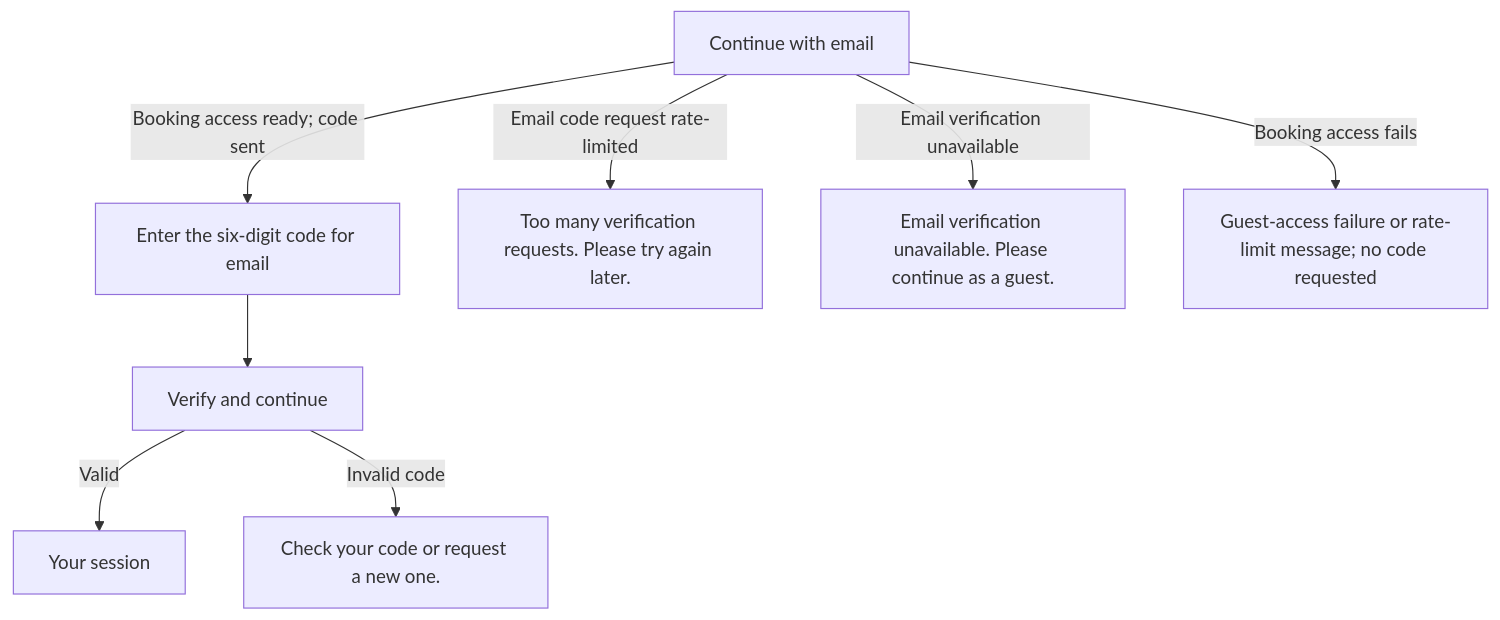
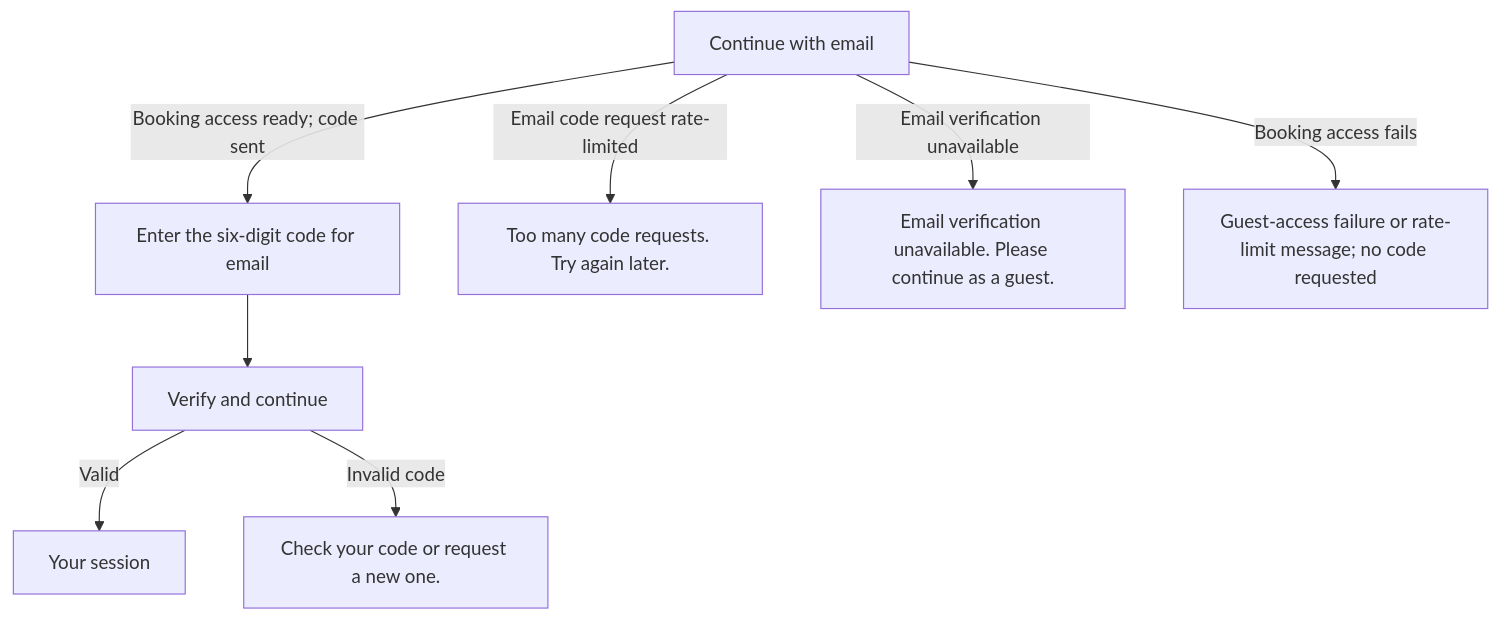
One commit to soccerbotstudiosg/soccerbotstudioSG changed the second of 19 diagrams in docs/booking-flows.md. Above: the diagram before and after it, drawn with Mermaid. The commit also changed other lines of this file and 25 other files, not shown here.

Commit message:
Consolidate email entry UI and address request limits (#60)

````diff
--- a/docs/booking-flows.md
+++ b/docs/booking-flows.md
@@ -39,10 +39,10 @@
 ```mermaid
 flowchart TD
   A["Continue with email"] -->|Booking access ready; code sent| B["Enter the six-digit code for email"]
   B --> C["Verify and continue"]
   C -->|Valid| D["Your session"]
   C -->|Invalid code| E["Check your code or request a new one."]
-  A -->|Email code request rate-limited| F["Too many verification requests. Please try again later."]
+  A -->|Email code request rate-limited| F["Too many code requests. Try again later."]
   A -->|Email verification unavailable| G["Email verification unavailable. Please continue as a guest."]
   A -->|Booking access fails| H["Guest-access failure or rate-limit message; no code requested"]
 ```
````
